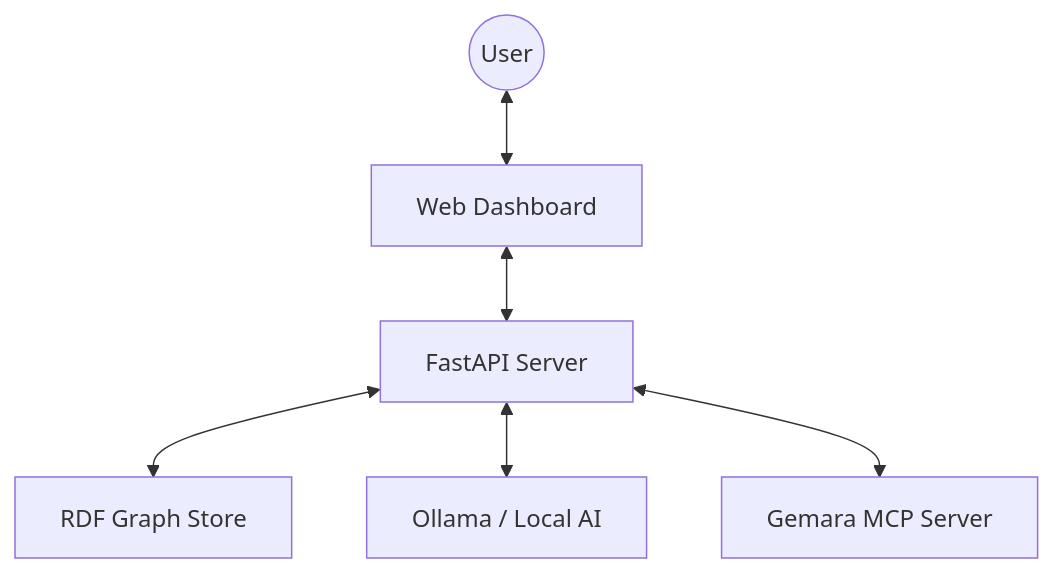
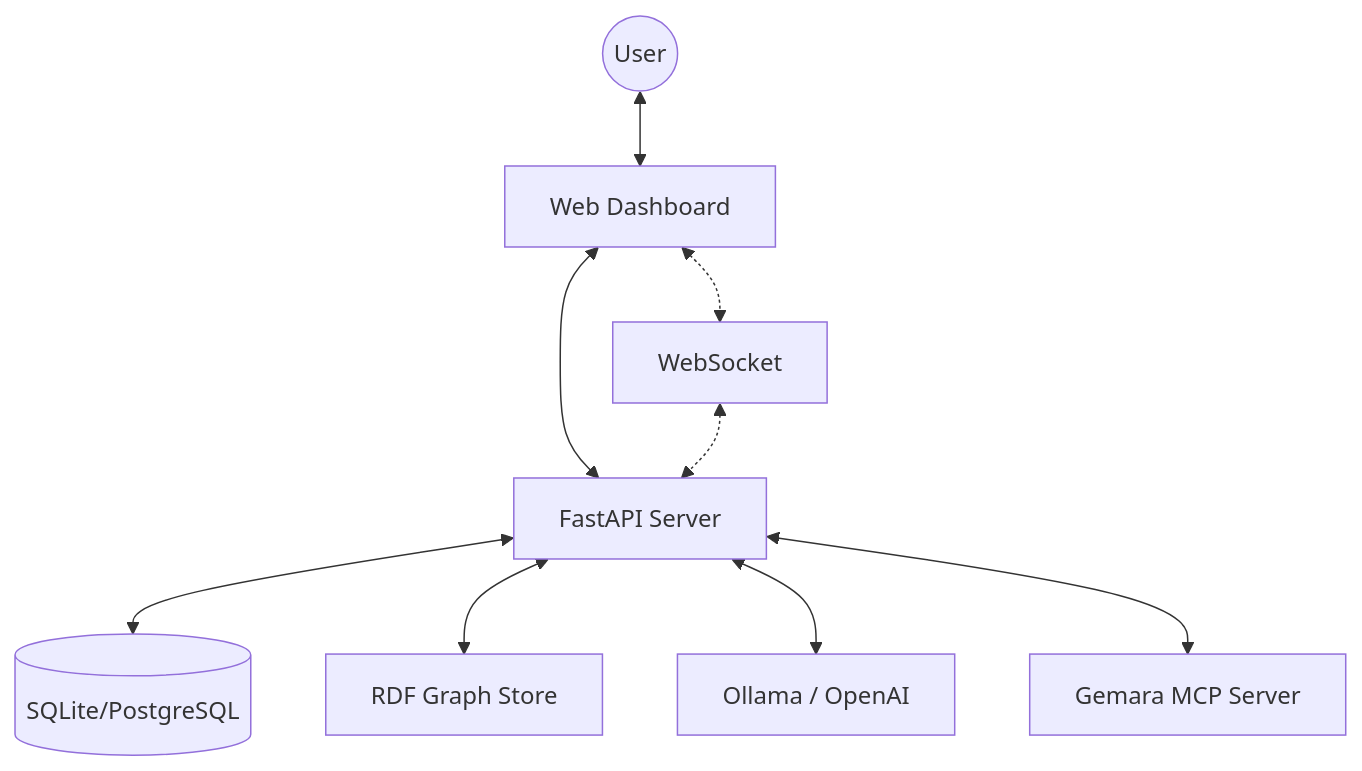
One commit to andreahall12/PACT-compliance-engine changed the first of 12 diagrams in docs/architecture.md. Above: the diagram before and after it, drawn with Mermaid. The commit also changed other lines of this file, not shown here.

First line of the commit message:
docs: Comprehensive architecture documentation update

````diff
--- a/docs/architecture.md
+++ b/docs/architecture.md
@@ -9,8 +25,11 @@
 ```mermaid
 flowchart TD
     User((User)) <--> Frontend[Web Dashboard]
     Frontend <--> Backend[FastAPI Server]
+    Frontend <-.-> WS[WebSocket]
+    Backend <--> DB[(SQLite/PostgreSQL)]
     Backend <--> Graph[RDF Graph Store]
-    Backend <--> AI[Ollama / Local AI]
+    Backend <--> AI[Ollama / OpenAI]
     Backend <--> Gemara[Gemara MCP Server]
+    WS <-.-> Backend
 ```
````
